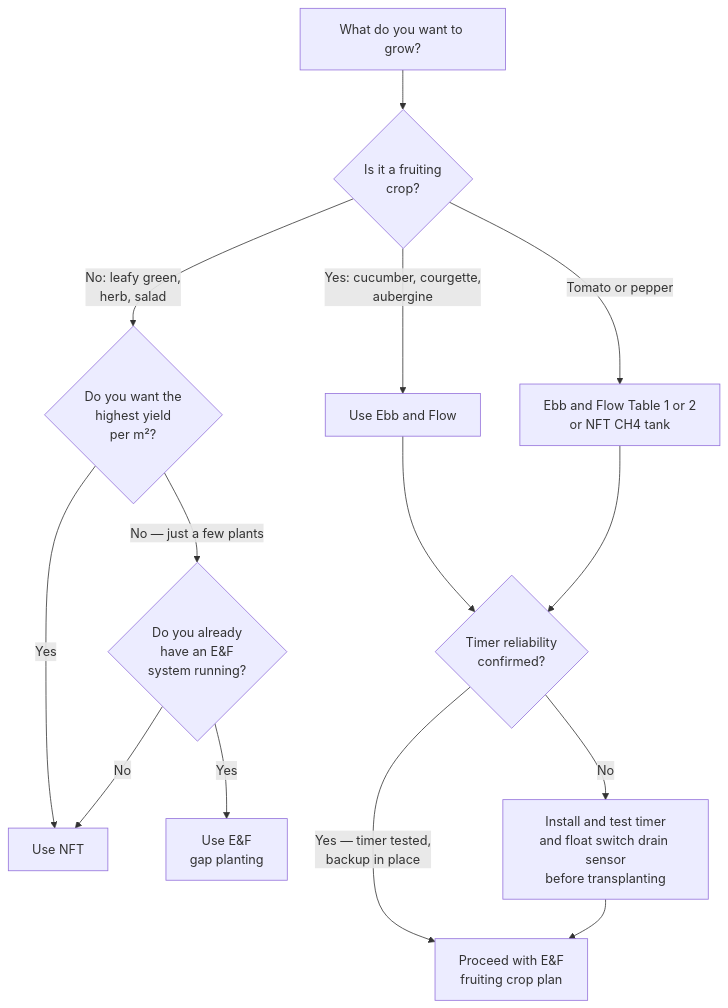
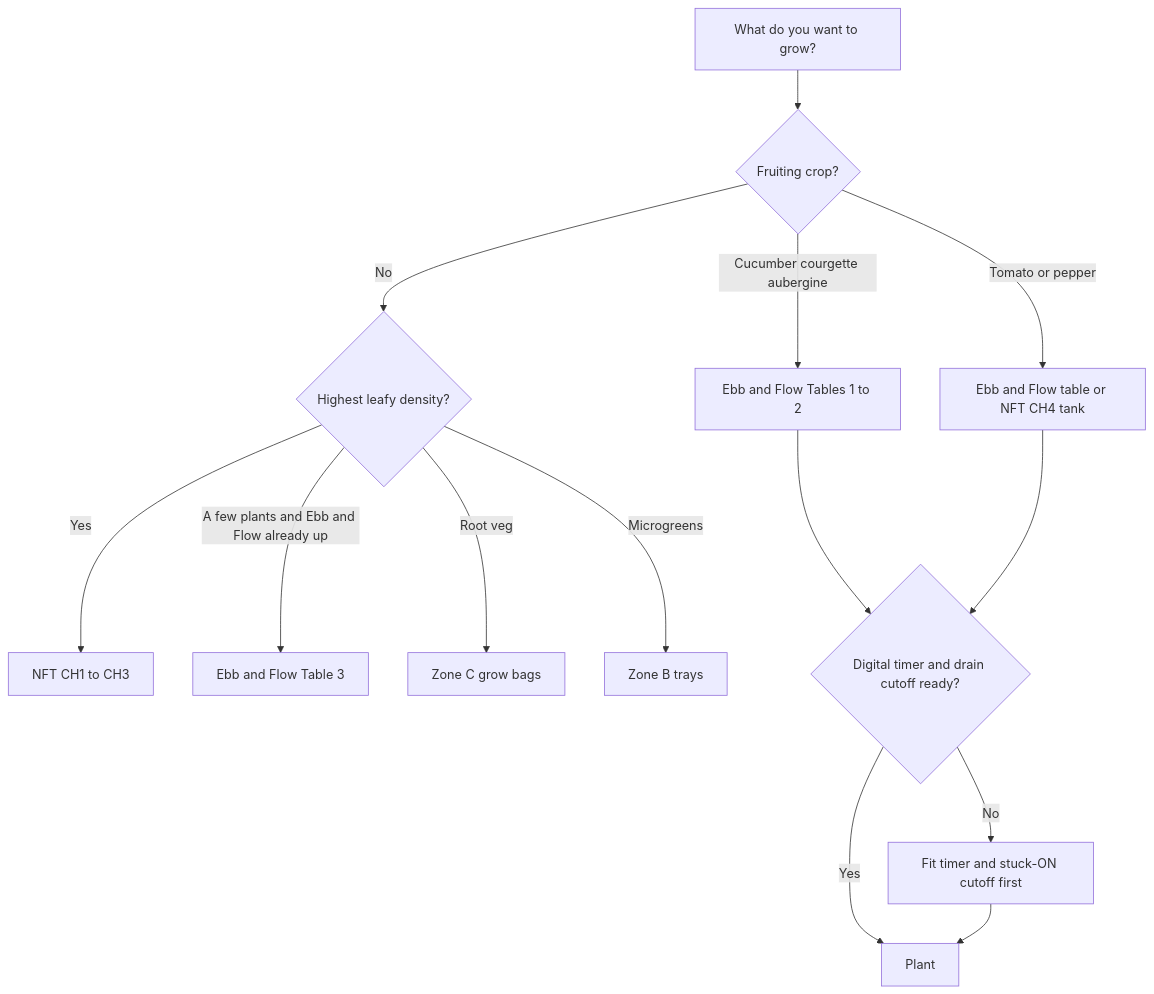
One commit to UncleJS/guide_hydroponics changed the diagram in guide/compare/02-crops.md. Above: the diagram before and after it, drawn with Mermaid. The commit also changed other lines of this file and 11 other files, not shown here.

````diff
--- a/guide/compare/02-crops.md
+++ b/guide/compare/02-crops.md
@@ -486,16 +296,16 @@
 ```mermaid
-graph TD
-  A[What do you want to grow?] --> B{Is it a fruiting<br/>crop?}
-  B -->|Yes: cucumber, courgette,<br/>aubergine| C[Use Ebb and Flow]
-  B -->|Tomato or pepper| C2[Ebb and Flow Table 1 or 2<br/>or NFT CH4 tank]
-  B -->|No: leafy green,<br/>herb, salad| D{Do you want the<br/>highest yield<br/>per m²?}
-  D -->|Yes| E[Use NFT]
-  D -->|No — just a few plants| F{Do you already<br/>have an E&F<br/>system running?}
-  F -->|Yes| G[Use E&F<br/>gap planting]
-  F -->|No| E
-  C --> H{Timer reliability<br/>confirmed?}
-  C2 --> H
-  H -->|Yes — timer tested,<br/>backup in place| I[Proceed with E&F<br/>fruiting crop plan]
-  H -->|No| J[Install and test timer<br/>and float switch drain sensor<br/>before transplanting]
-  J --> I
+flowchart TD
+  want["What do you want to grow?"] --> fruit{"Fruiting crop?"}
+  fruit -->|Cucumber courgette aubergine| efOnly["Ebb and Flow Tables 1 to 2"]
+  fruit -->|Tomato or pepper| eitherFruit["Ebb and Flow table or NFT CH4 tank"]
+  fruit -->|No| leafy{"Highest leafy density?"}
+  leafy -->|Yes| nftGreens["NFT CH1 to CH3"]
+  leafy -->|A few plants and Ebb and Flow already up| efTable3["Ebb and Flow Table 3"]
+  leafy -->|Root veg| zoneC["Zone C grow bags"]
+  leafy -->|Microgreens| zoneB["Zone B trays"]
+  efOnly --> safety{"Digital timer and drain cutoff ready?"}
+  eitherFruit --> safety
+  safety -->|Yes| go["Plant"]
+  safety -->|No| fix["Fit timer and stuck-ON cutoff first"]
+  fix --> go
 ```
````
